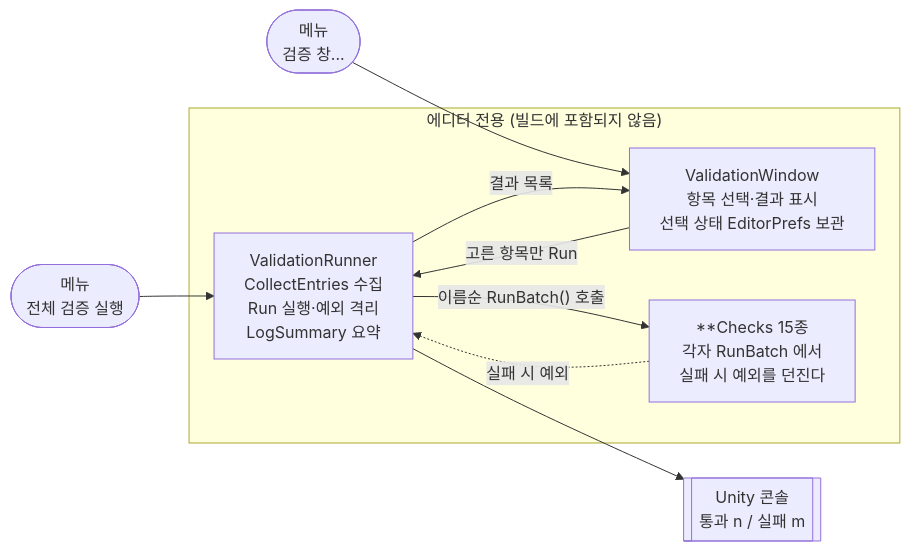
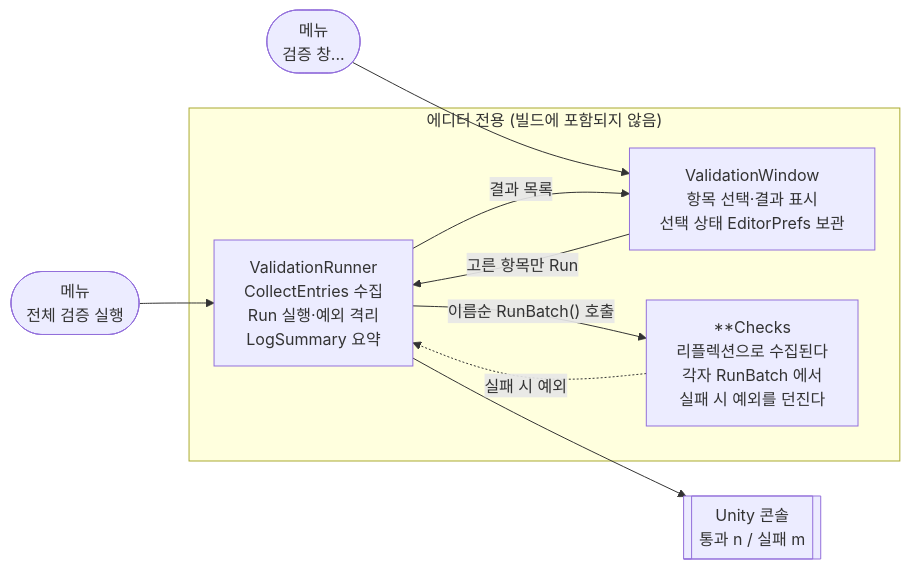
The diagram in docs/TECH_NOTES/validation-harness.md (KDNA-Gwangju-1/NCAIClicker), drawn with Mermaid before and after one commit. The commit also changed other lines of this file and 10 other files, not shown here.

````diff
--- a/docs/TECH_NOTES/validation-harness.md
+++ b/docs/TECH_NOTES/validation-harness.md
@@ -68,21 +68,21 @@
 ```mermaid
 flowchart LR
   menuAll(["메뉴<br/>전체 검증 실행"])
   menuWin(["메뉴<br/>검증 창..."])
 
   subgraph Editor["에디터 전용 (빌드에 포함되지 않음)"]
     window[ValidationWindow<br/>항목 선택·결과 표시<br/>선택 상태 EditorPrefs 보관]
     runner[ValidationRunner<br/>CollectEntries 수집<br/>Run 실행·예외 격리<br/>LogSummary 요약]
-    checks[**Checks 15종<br/>각자 RunBatch 에서<br/>실패 시 예외를 던진다]
+    checks[**Checks<br/>리플렉션으로 수집된다<br/>각자 RunBatch 에서<br/>실패 시 예외를 던진다]
   end
 
   console[["Unity 콘솔<br/>통과 n / 실패 m"]]
 
   menuAll --> runner
   menuWin --> window
   window -- "고른 항목만 Run" --> runner
   runner -- "이름순 RunBatch() 호출" --> checks
   checks -. "실패 시 예외" .-> runner
   runner --> console
   runner -- "결과 목록" --> window
 ```
````
